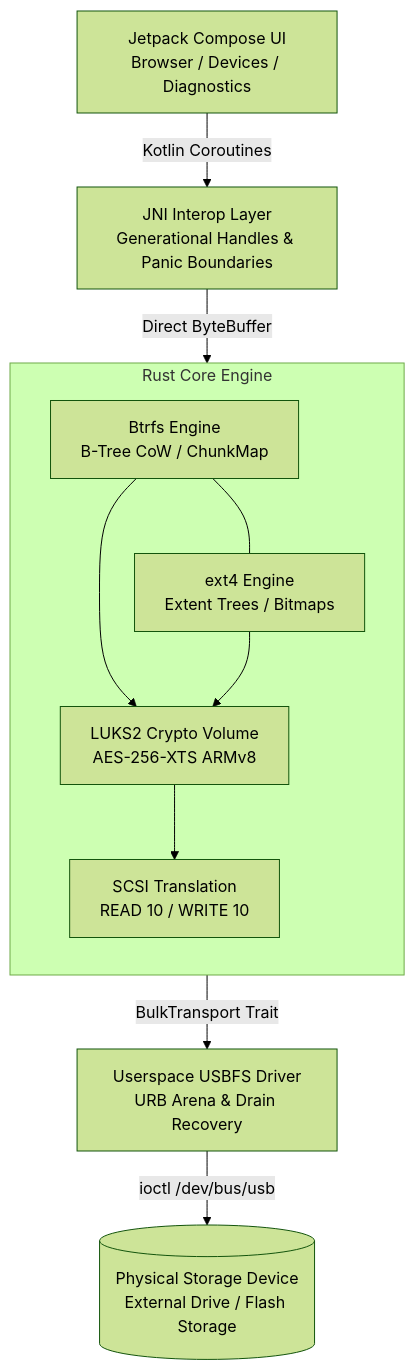
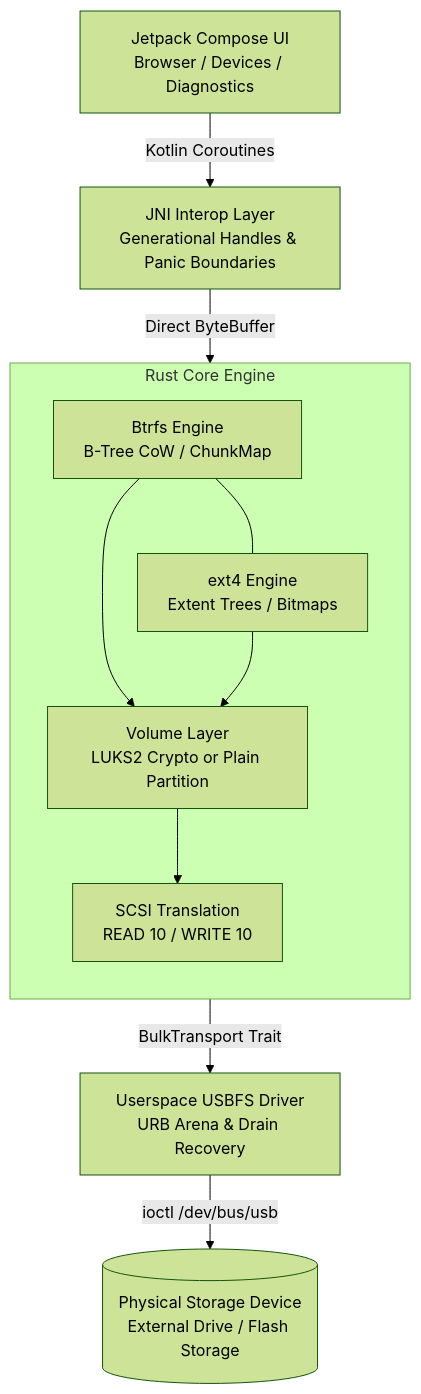
Before and after one commit to rDelmotra/luks-android: the diagram in doc/architecture.md, drawn with Mermaid (forest theme). The commit also changed other lines of this file and 2 other files, not shown here.

Commit message:
docs: update architecture, testing, and README for v0.2.0 release

````diff
--- a/doc/architecture.md
+++ b/doc/architecture.md
@@ -5,15 +5,15 @@
 ```mermaid
 flowchart TD
     UI["Jetpack Compose UI<br/>Browser / Devices / Diagnostics"] -->|Kotlin Coroutines| JNI["JNI Interop Layer<br/>Generational Handles & Panic Boundaries"]
     JNI -->|Direct ByteBuffer| Core["Rust Core Engine"]
     
     subgraph Core["Rust Core Engine"]
         direction TB
         Btrfs["Btrfs Engine<br/>B-Tree CoW / ChunkMap"] --- Ext4["ext4 Engine<br/>Extent Trees / Bitmaps"]
-        Btrfs & Ext4 --> LUKS["LUKS2 Crypto Volume<br/>AES-256-XTS ARMv8"]
-        LUKS --> SCSI["SCSI Translation<br/>READ 10 / WRITE 10"]
+        Btrfs & Ext4 --> Vol["Volume Layer<br/>LUKS2 Crypto or Plain Partition"]
+        Vol --> SCSI["SCSI Translation<br/>READ 10 / WRITE 10"]
     end
     
     Core -->|BulkTransport Trait| USBFS["Userspace USBFS Driver<br/>URB Arena & Drain Recovery"]
     USBFS -->|ioctl /dev/bus/usb| Drive[("Physical Storage Device<br/>External Drive / Flash Storage")]
 ```
````
